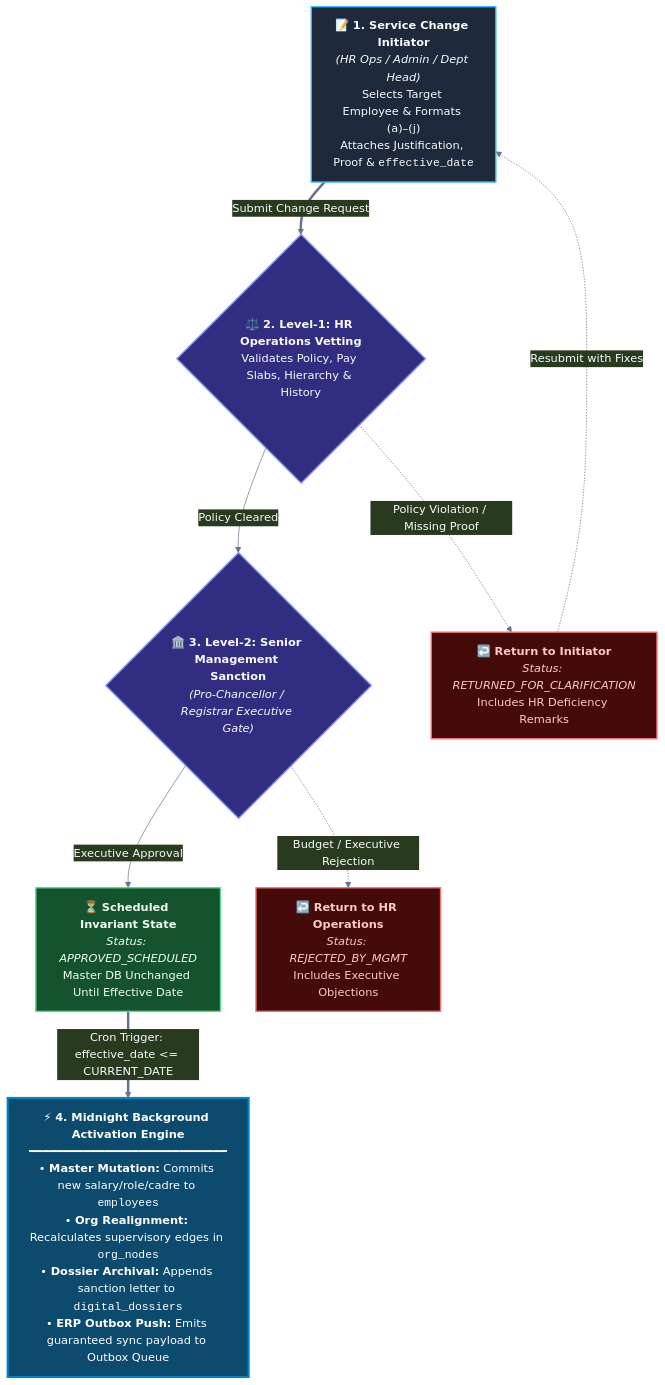
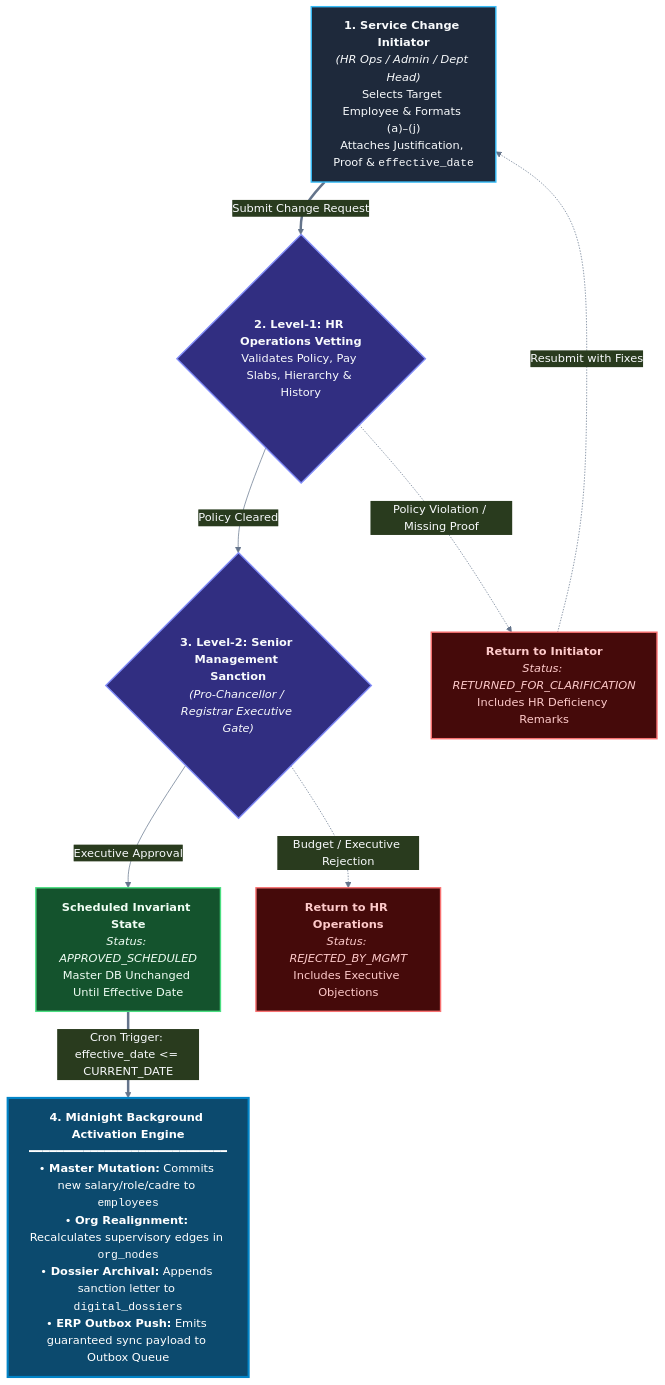
One commit to Aditya11o/HR-CHANGE-MANAGEMENT-SYSTEM changed the first of 3 diagrams in docs/02-business-process/01-BUSINESS-PROCESS-SPECIFICATION.md. Above: the diagram before and after it, drawn with Mermaid. The commit also changed other lines of this file and 8 other files, not shown here.

Commit message:
docs: add system architecture, test strategy, deployment guide, and requirements specifications

````diff
--- a/docs/02-business-process/01-BUSINESS-PROCESS-SPECIFICATION.md
+++ b/docs/02-business-process/01-BUSINESS-PROCESS-SPECIFICATION.md
@@ -53,32 +53,32 @@
 ```mermaid
 %%{init: {'theme': 'base', 'themeVariables': { 'primaryColor': '#1e293b', 'primaryTextColor': '#f8fafc', 'primaryBorderColor': '#38bdf8', 'lineColor': '#64748b'}}}%%
 flowchart TD
     %% Styling Classes
     classDef initNode fill:#1e293b,stroke:#38bdf8,stroke-width:2px,color:#f8fafc;
     classDef reviewNode fill:#312e81,stroke:#818cf8,stroke-width:2px,color:#f8fafc;
     classDef rejectNode fill:#450a0a,stroke:#f87171,stroke-width:2px,color:#fecaca;
     classDef schedNode fill:#14532d,stroke:#4ade80,stroke-width:2px,color:#f0fdf4;
     classDef actNode fill:#0c4a6e,stroke:#0284c7,stroke-width:3px,color:#ffffff;
 
-    INIT["📝 <b>1. Service Change Initiator</b><br/><i>(HR Ops / Admin / Dept Head)</i><br/>Selects Target Employee & Formats (a)–(j)<br/>Attaches Justification, Proof & <code>effective_date</code>"]:::initNode
+    INIT["<b>1. Service Change Initiator</b><br/><i>(HR Ops / Admin / Dept Head)</i><br/>Selects Target Employee & Formats (a)–(j)<br/>Attaches Justification, Proof & <code>effective_date</code>"]:::initNode
     
-    L1{"⚖️ <b>2. Level-1: HR Operations Vetting</b><br/>Validates Policy, Pay Slabs, Hierarchy & History"}:::reviewNode
+    L1{"<b>2. Level-1: HR Operations Vetting</b><br/>Validates Policy, Pay Slabs, Hierarchy & History"}:::reviewNode
     
-    RET1["↩️ <b>Return to Initiator</b><br/><i>Status: RETURNED_FOR_CLARIFICATION</i><br/>Includes HR Deficiency Remarks"]:::rejectNode
+    RET1["<b>Return to Initiator</b><br/><i>Status: RETURNED_FOR_CLARIFICATION</i><br/>Includes HR Deficiency Remarks"]:::rejectNode
 
-    L2{"🏛️ <b>3. Level-2: Senior Management Sanction</b><br/><i>(Pro-Chancellor / Registrar Executive Gate)</i>"}:::reviewNode
+    L2{"<b>3. Level-2: Senior Management Sanction</b><br/><i>(Pro-Chancellor / Registrar Executive Gate)</i>"}:::reviewNode
     
-    RET2["↩️ <b>Return to HR Operations</b><br/><i>Status: REJECTED_BY_MGMT</i><br/>Includes Executive Objections"]:::rejectNode
+    RET2["<b>Return to HR Operations</b><br/><i>Status: REJECTED_BY_MGMT</i><br/>Includes Executive Objections"]:::rejectNode
 
-    SCHED["⏳ <b>Scheduled Invariant State</b><br/><i>Status: APPROVED_SCHEDULED</i><br/>Master DB Unchanged Until Effective Date"]:::schedNode
+    SCHED["<b>Scheduled Invariant State</b><br/><i>Status: APPROVED_SCHEDULED</i><br/>Master DB Unchanged Until Effective Date"]:::schedNode
     
-    ACT["⚡ <b>4. Midnight Background Activation Engine</b><br/>━━━━━━━━━━━━━━━━━━━━━━━━━━━━━<br/>• <b>Master Mutation:</b> Commits new salary/role/cadre to <code>employees</code><br/>• <b>Org Realignment:</b> Recalculates supervisory edges in <code>org_nodes</code><br/>• <b>Dossier Archival:</b> Appends sanction letter to <code>digital_dossiers</code><br/>• <b>ERP Outbox Push:</b> Emits guaranteed sync payload to Outbox Queue"]:::actNode
+    ACT["<b>4. Midnight Background Activation Engine</b><br/>━━━━━━━━━━━━━━━━━━━━━━━━━━━━━<br/>• <b>Master Mutation:</b> Commits new salary/role/cadre to <code>employees</code><br/>• <b>Org Realignment:</b> Recalculates supervisory edges in <code>org_nodes</code><br/>• <b>Dossier Archival:</b> Appends sanction letter to <code>digital_dossiers</code><br/>• <b>ERP Outbox Push:</b> Emits guaranteed sync payload to Outbox Queue"]:::actNode
 
     INIT ==>|"Submit Change Request"| L1
     L1 -- " Policy Cleared " --> L2
     L1 -.->|" Policy Violation / Missing Proof "| RET1
     RET1 -.->|" Resubmit with Fixes "| INIT
     L2 -- " Executive Approval " --> SCHED
     L2 -.->|" Budget / Executive Rejection "| RET2
     SCHED ==>|" Cron Trigger: effective_date <= CURRENT_DATE "| ACT
 ```
````
